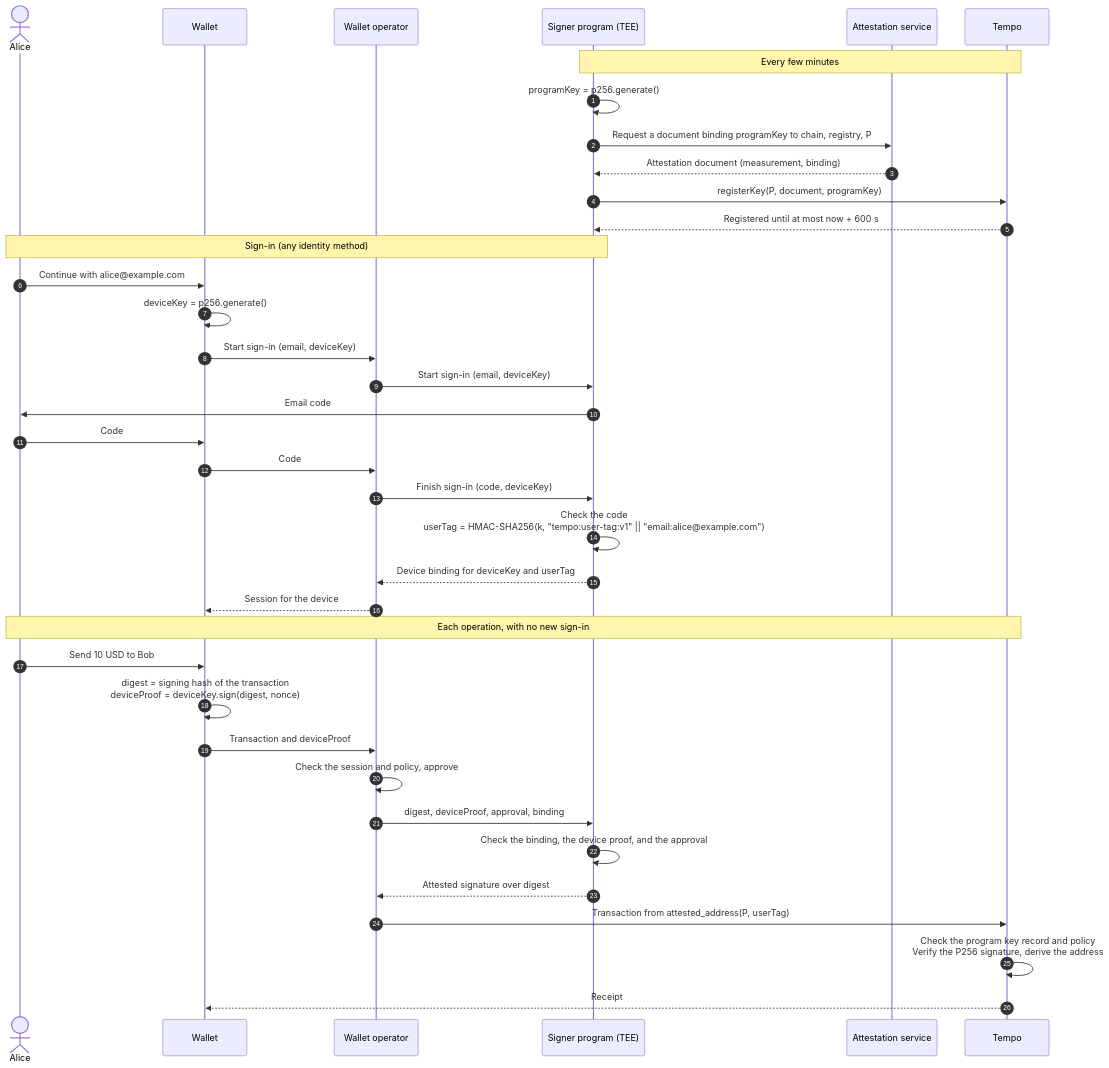
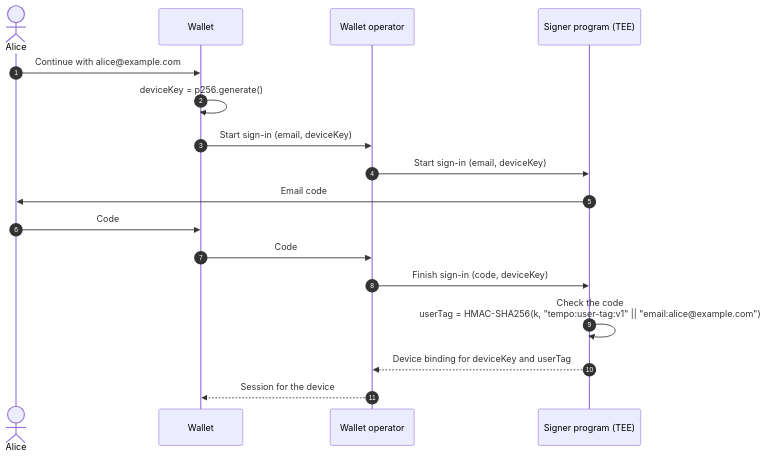
One commit to tempoxyz/tempo changed the second of 4 diagrams in docs/exp/attested-signers/tip-xxx1.md. Above: the diagram before and after it, drawn with Mermaid. The commit also changed other lines of this file and 1 other file, not shown here.

First line of the commit message:
docs(exp): split the attested signers flow and add access key usage

````diff
--- a/docs/exp/attested-signers/tip-xxx1.md
+++ b/docs/exp/attested-signers/tip-xxx1.md
@@ -92,42 +123,20 @@
 ```mermaid
 sequenceDiagram
     autonumber
     actor U as Alice
     participant W as Wallet
     participant O as Wallet operator
     participant S as Signer program (TEE)
-    participant A as Attestation service
-    participant T as Tempo
 
-    Note over S,T: Every few minutes
-    S->>S: programKey = p256.generate()
-    S->>A: Request a document binding programKey to chain, registry, P
-    A-->>S: Attestation document (measurement, binding)
-    S->>T: registerKey(P, document, programKey)
-    T-->>S: Registered until at most now + 600 s
-
-    Note over U,S: Sign-in (any identity method)
     U->>W: Continue with alice@example.com
     W->>W: deviceKey = p256.generate()
     W->>O: Start sign-in (email, deviceKey)
     O->>S: Start sign-in (email, deviceKey)
     S->>U: Email code
     U->>W: Code
     W->>O: Code
     O->>S: Finish sign-in (code, deviceKey)
     S->>S: Check the code<br/>userTag = HMAC-SHA256(k, "tempo:user-tag:v1" || "email:alice@example.com")
     S-->>O: Device binding for deviceKey and userTag
     O-->>W: Session for the device
-
-    Note over U,T: Each operation, with no new sign-in
-    U->>W: Send 10 USD to Bob
-    W->>W: digest = signing hash of the transaction<br/>deviceProof = deviceKey.sign(digest, nonce)
-    W->>O: Transaction and deviceProof
-    O->>O: Check the session and policy, approve
-    O->>S: digest, deviceProof, approval, binding
-    S->>S: Check the binding, the device proof, and the approval
-    S-->>O: Attested signature over digest
-    O->>T: Transaction from attested_address(P, userTag)
-    T->>T: Check the program key record and policy<br/>Verify the P256 signature, derive the address
-    T-->>W: Receipt
 ```
````
